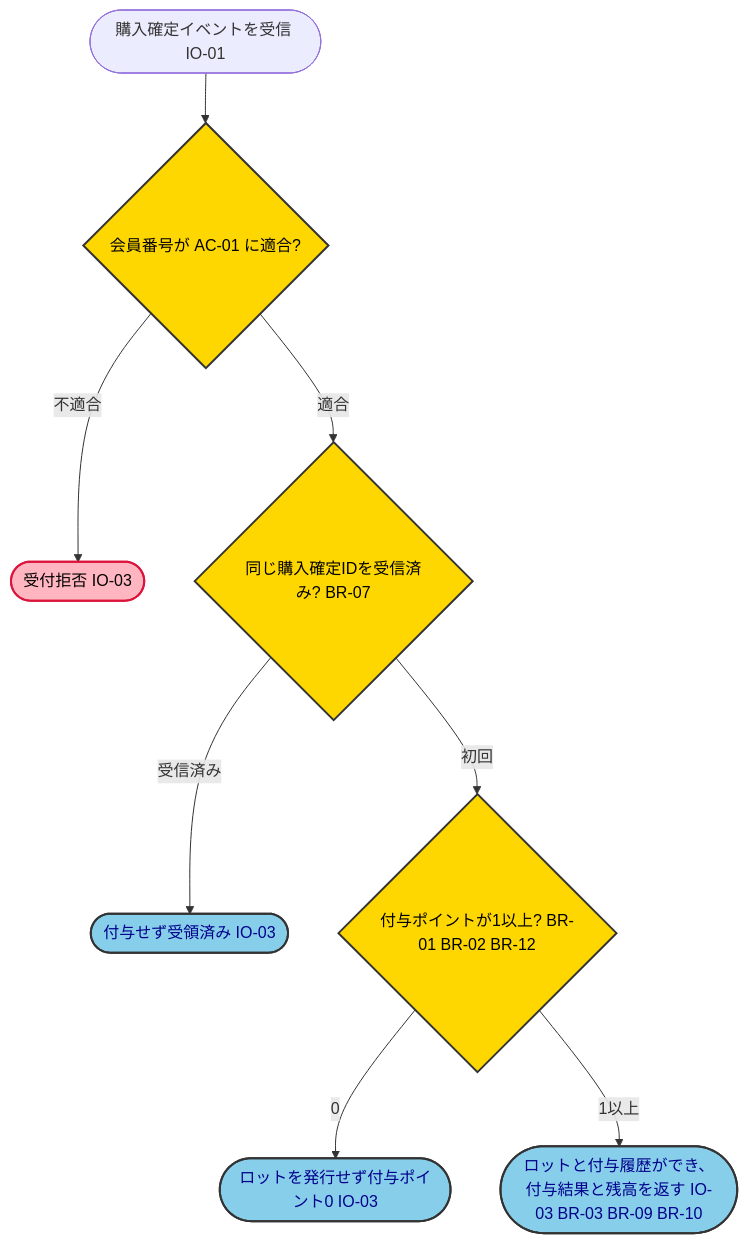
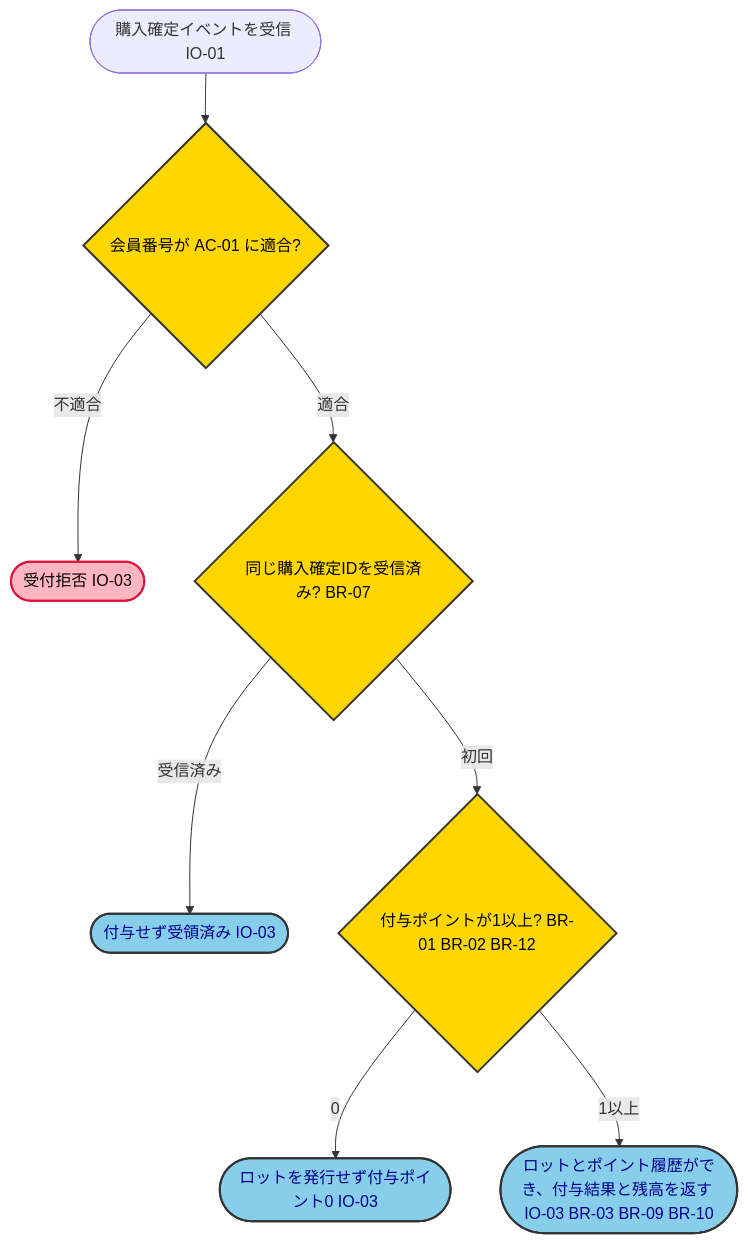
Before and after one commit to kasiopeiya/claude-dev-template: the third of 9 diagrams in samples/docs/requirements-detail.md, drawn with Mermaid. The commit also changed other lines of this file and 2 other files, not shown here.

````diff
--- a/samples/docs/requirements-detail.md
+++ b/samples/docs/requirements-detail.md
@@ -544,17 +596,17 @@
 ```mermaid
 flowchart TD
     start(["購入確定イベントを受信 IO-01"]) --> valid{"会員番号が AC-01 に適合?"}
     valid -->|不適合| reject(["受付拒否 IO-03"])
     valid -->|適合| dup{"同じ購入確定IDを受信済み? BR-07"}
     dup -->|受信済み| ack(["付与せず受領済み IO-03"])
     dup -->|初回| zero{"付与ポイントが1以上? BR-01 BR-02 BR-12"}
     zero -->|0| none(["ロットを発行せず付与ポイント0 IO-03"])
-    zero -->|1以上| granted(["ロットと付与履歴ができ、付与結果と残高を返す IO-03 BR-03 BR-09 BR-10"])
+    zero -->|1以上| granted(["ロットとポイント履歴ができ、付与結果と残高を返す IO-03 BR-03 BR-09 BR-10"])
 
     classDef decision fill:#FFD700,stroke:#333,stroke-width:2px,color:black
     classDef result fill:#87CEEB,stroke:#333,stroke-width:2px,color:darkblue
     classDef error fill:#FFB6C1,stroke:#DC143C,stroke-width:2px,color:black
     class valid,dup,zero decision
     class ack,none,granted result
     class reject error
 ```
````
